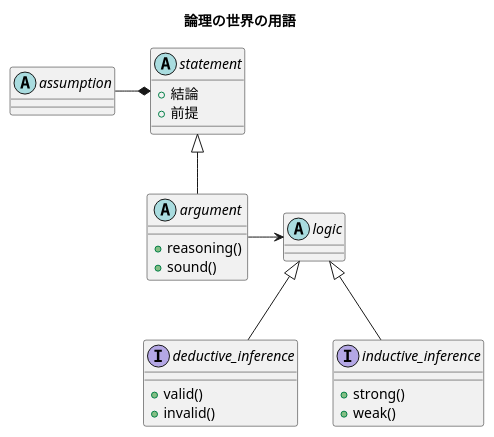
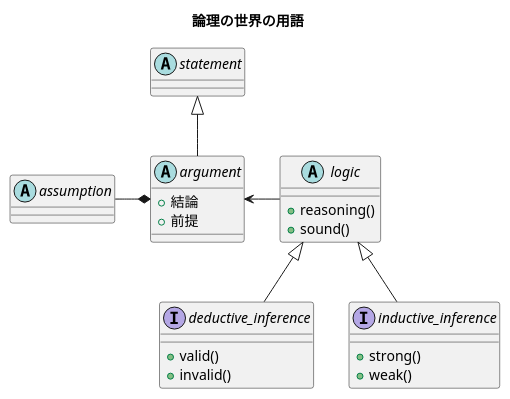
Diagram 29 of 30 in docs/slides/WIP.md (k2works/pragmatic-presentation-exercise-2024), drawn with PlantUML before and after one commit. The commit also changed other lines of this file and 1 other file, not shown here.

````diff
--- a/docs/slides/WIP.md
+++ b/docs/slides/WIP.md
@@ -966,38 +981,38 @@
 ```plantuml
 @startuml
 
 title 論理の世界の用語
 
 abstract "statement" as A {
+}
+
+abstract "argument" as B {
   + 結論
   + 前提
 }
 
-abstract "argument" as B {
+abstract "logic" as C {
   + reasoning()
   + sound()
-}
-
-abstract "logic" as C {
 }
 
 interface "deductive_inference" as D {
   + valid()
   + invalid()
 }
 
 interface "inductive_inference" as E {
   + strong()
   + weak()
 }
 
 abstract "assumption" as F
 
-F -* A
+F -* B
 A <|-- B
-B -> C
+B <- C
 C <|-- D
 C <|-- E
 
 @enduml
 ```
````
